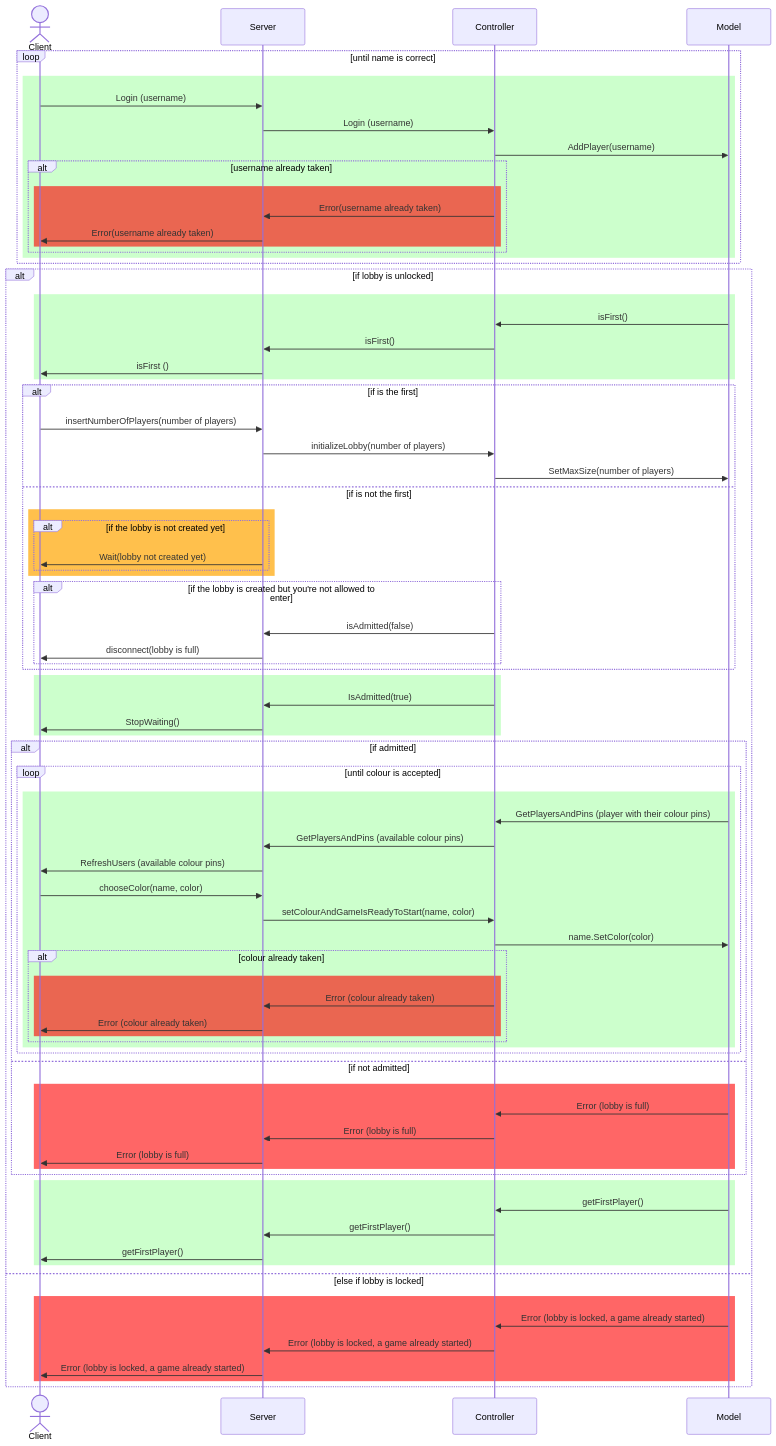
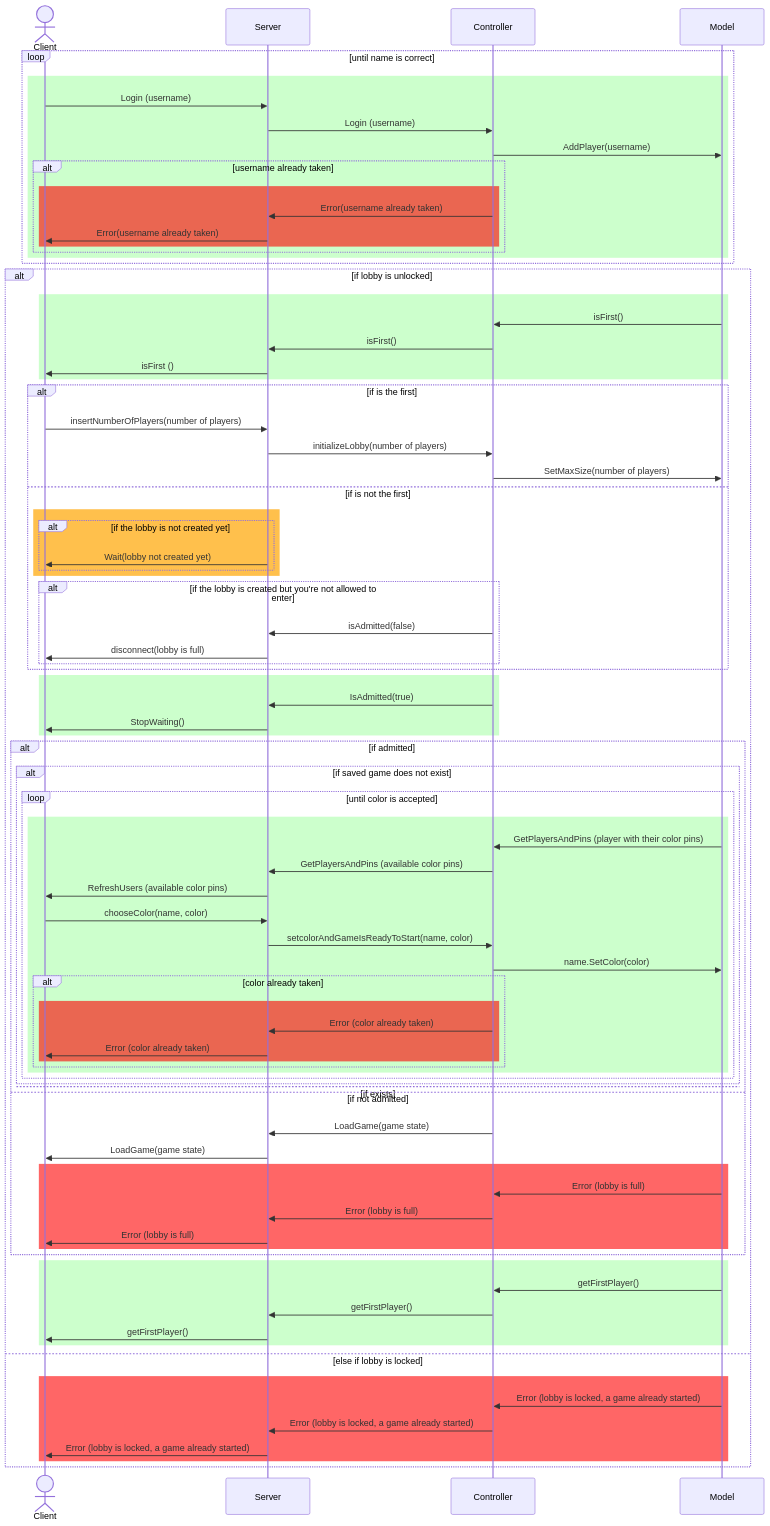
Before and after one commit to TheCaptainCraken/IS24-AM26: the first of 4 diagrams in deliverables/UML/sequence diagram.md, drawn with Mermaid. The commit also changed other lines of this file, not shown here.

```diff
--- a/deliverables/UML/sequence diagram.md
+++ b/deliverables/UML/sequence diagram.md
@@ -100,23 +120,29 @@
         Server ->> Client: StopWaiting()
         end
         alt if admitted
-              loop until colour is accepted
+            alt if saved game does not exist
+              loop until color is accepted
               rect rgba(0, 255, 0, 0.2)
-                  Model ->> Controller: GetPlayersAndPins (player with their colour pins)
-                  Controller ->> Server: GetPlayersAndPins (available colour pins)
-                  Server ->> Client: RefreshUsers (available colour pins)
+                  Model ->> Controller: GetPlayersAndPins (player with their color pins)
+                  Controller ->> Server: GetPlayersAndPins (available color pins)
+                  Server ->> Client: RefreshUsers (available color pins)
                   Client ->> Server: chooseColor(name, color)
-                  Server ->> Controller: setColourAndGameIsReadyToStart(name, color)
+                  Server ->> Controller: setcolorAndGameIsReadyToStart(name, color)
                   Controller ->> Model: name.SetColor(color)
-                  alt colour already taken
+                  alt color already taken
                     rect rgba(255, 0, 0, 0.6)
-                    Controller ->> Server: Error (colour already taken)
-                    Server ->> Client: Error (colour already taken) 
+                    Controller ->> Server: Error (color already taken)
+                    Server ->> Client: Error (color already taken) 
                     end
                   end
                   end
+                end
+            else if exists
+
             end
         else if not admitted
+            Controller ->> Server: LoadGame(game state)
+            Server ->> Client: LoadGame(game state)
             rect rgba(255, 0, 0, 0.6)
             Model ->> Controller: Error (lobby is full)
             Controller ->> Server: Error (lobby is full)
```
